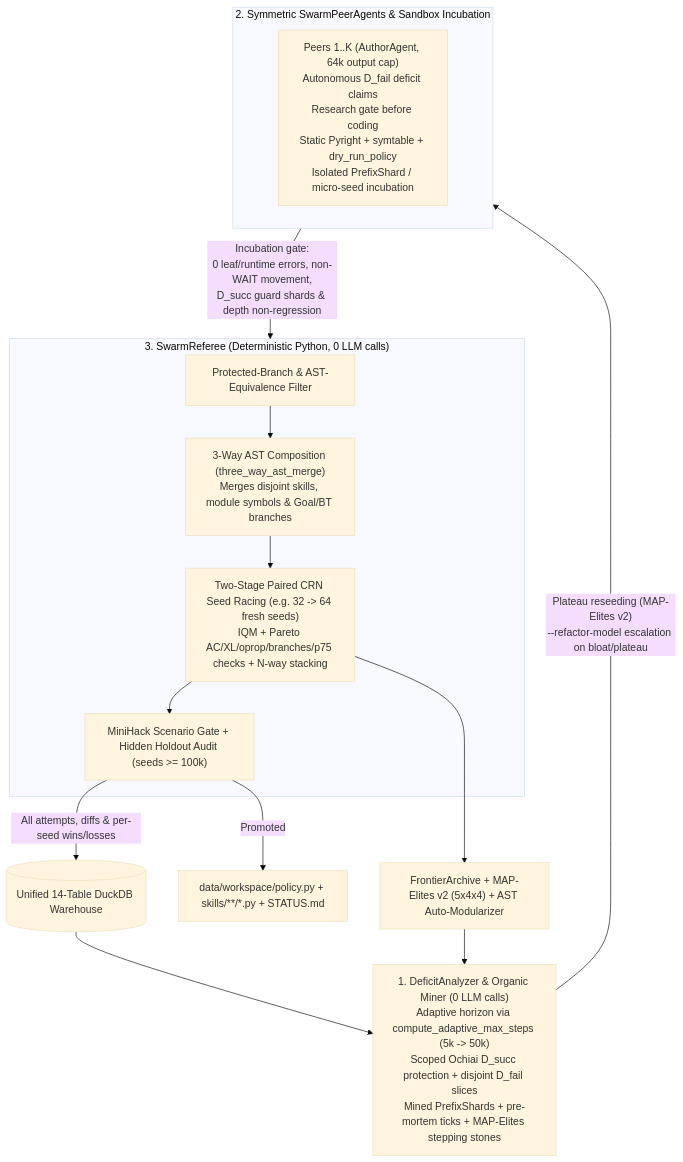
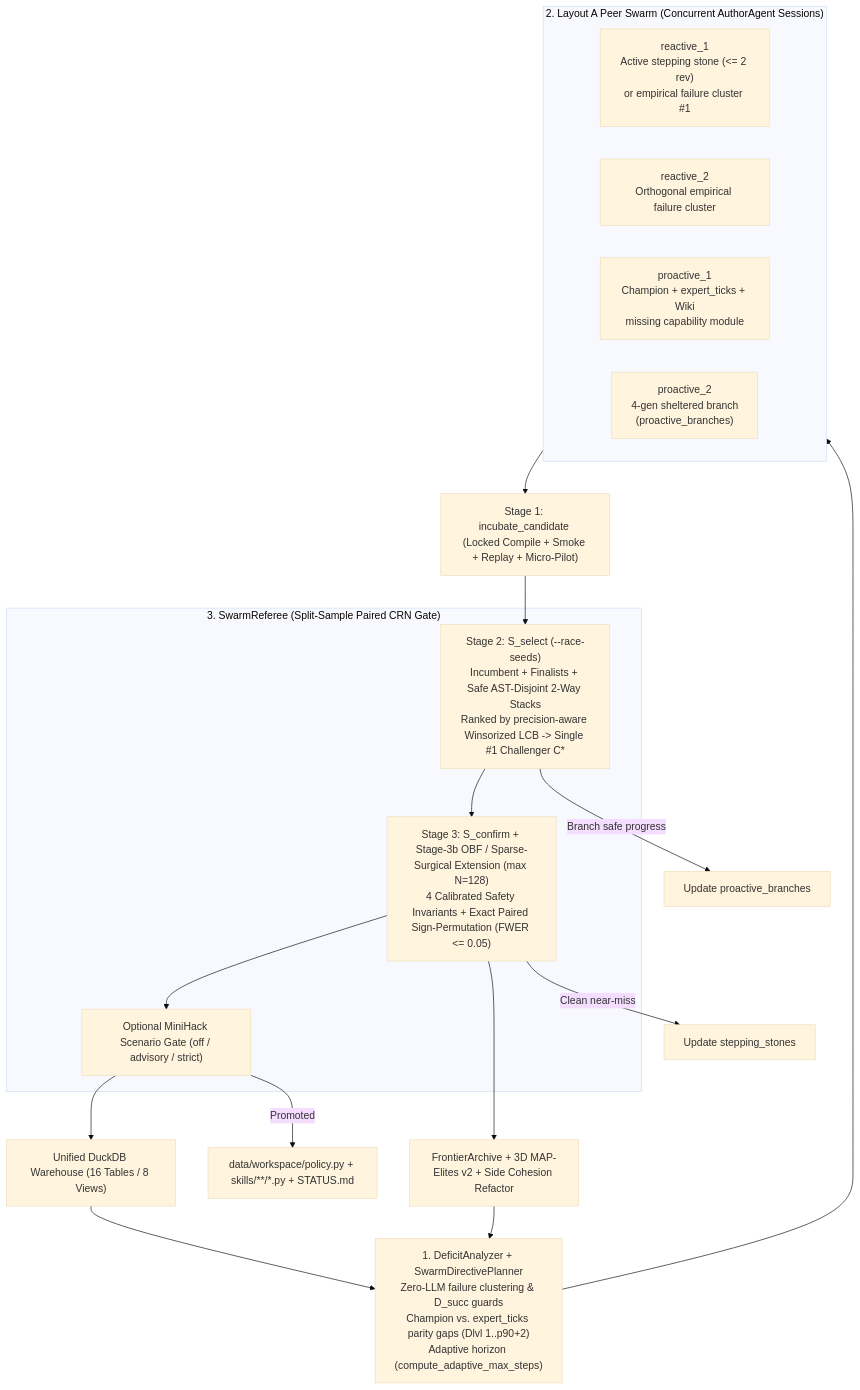
One commit to saejin-moon/lox changed the diagram in README.md. Above: the diagram before and after it, drawn with Mermaid (base theme). The commit also changed other lines of this file and 109 other files, not shown here.

Commit message:
Refactor to Option-A Layout A peer swarm, prune legacy/BT/Craftax, harden sandbox/gates, and update docs

````diff
--- a/README.md
+++ b/README.md
@@ -44,26 +43,31 @@
 ```mermaid
 flowchart TB
-    DB[(Unified 14-Table DuckDB Warehouse)] --> DEF["1. DeficitAnalyzer & Organic Miner (0 LLM calls)\nAdaptive horizon via compute_adaptive_max_steps (5k -> 50k)\nScoped Ochiai D_succ protection + disjoint D_fail slices\nMined PrefixShards + pre-mortem ticks + MAP-Elites stepping stones"]
+    DB["Unified DuckDB Warehouse (16 Tables / 8 Views)"] --> DEF["1. DeficitAnalyzer + SwarmDirectivePlanner\nZero-LLM failure clustering & D_succ guards\nChampion vs. expert_ticks parity gaps (Dlvl 1..p90+2)\nAdaptive horizon (compute_adaptive_max_steps)"]
 
-    DEF -->|"Plateau reseeding (MAP-Elites v2)\n--refactor-model escalation on bloat/plateau"| PEERS
+    DEF --> PEERS
 
-    subgraph PEERS["2. Symmetric SwarmPeerAgents & Sandbox Incubation"]
+    subgraph PEERS["2. Layout A Peer Swarm (Concurrent AuthorAgent Sessions)"]
         direction LR
-        P["Peers 1..K (AuthorAgent, 64k output cap)\nAutonomous D_fail deficit claims\nResearch gate before coding\nStatic Pyright + symtable + dry_run_policy\nIsolated PrefixShard / micro-seed incubation"]
+        R1["reactive_1\nActive stepping stone (<= 2 rev)\nor empirical failure cluster #1"]
+        R2["reactive_2\nOrthogonal empirical failure cluster"]
+        P1["proactive_1\nChampion + expert_ticks + Wiki\nmissing capability module"]
+        P2["proactive_2\n4-gen sheltered branch\n(proactive_branches)"]
     end
 
-    PEERS -->|"Incubation gate:\n0 leaf/runtime errors, non-WAIT movement,\nD_succ guard shards & depth non-regression"| REF
+    PEERS --> INC["Stage 1: incubate_candidate (Locked Compile + Smoke + Replay + Micro-Pilot)"]
 
-    subgraph REF["3. SwarmReferee (Deterministic Python, 0 LLM calls)"]
-        FLT["Protected-Branch & AST-Equivalence Filter"]
-        ORTHO["3-Way AST Composition (three_way_ast_merge)\nMerges disjoint skills, module symbols & Goal/BT branches"]
-        RACE["Two-Stage Paired CRN Seed Racing (e.g. 32 -> 64 fresh seeds)\nIQM + Pareto AC/XL/oprop/branches/p75 checks + N-way stacking"]
-        GATE["MiniHack Scenario Gate + Hidden Holdout Audit (seeds >= 100k)"]
-        FLT --> ORTHO --> RACE --> GATE
+    subgraph REF["3. SwarmReferee (Split-Sample Paired CRN Gate)"]
+        S2["Stage 2: S_select (--race-seeds)\nIncumbent + Finalists + Safe AST-Disjoint 2-Way Stacks\nRanked by precision-aware Winsorized LCB -> Single #1 Challenger C*"]
+        S3["Stage 3: S_confirm + Stage-3b OBF / Sparse-Surgical Extension (max N=128)\n4 Calibrated Safety Invariants + Exact Paired Sign-Permutation (FWER <= 0.05)"]
+        GATE["Optional MiniHack Scenario Gate (off / advisory / strict)"]
+        S2 --> S3 --> GATE
     end
 
-    GATE -->|"Promoted"| WS["data/workspace/policy.py + skills/**/*.py + STATUS.md"]
-    GATE -->|"All attempts, diffs & per-seed wins/losses"| DB
-    RACE --> ARCH["FrontierArchive + MAP-Elites v2 (5x4x4) + AST Auto-Modularizer"]
+    INC --> S2
+    GATE -->|Promoted| WS["data/workspace/policy.py + skills/**/*.py + STATUS.md"]
+    S2 -->|Branch safe progress| BR["Update proactive_branches"]
+    S3 -->|Clean near-miss| ST["Update stepping_stones"]
+    GATE --> DB
+    S3 --> ARCH["FrontierArchive + 3D MAP-Elites v2 + Side Cohesion Refactor"]
     ARCH --> DEF
 ```
````
